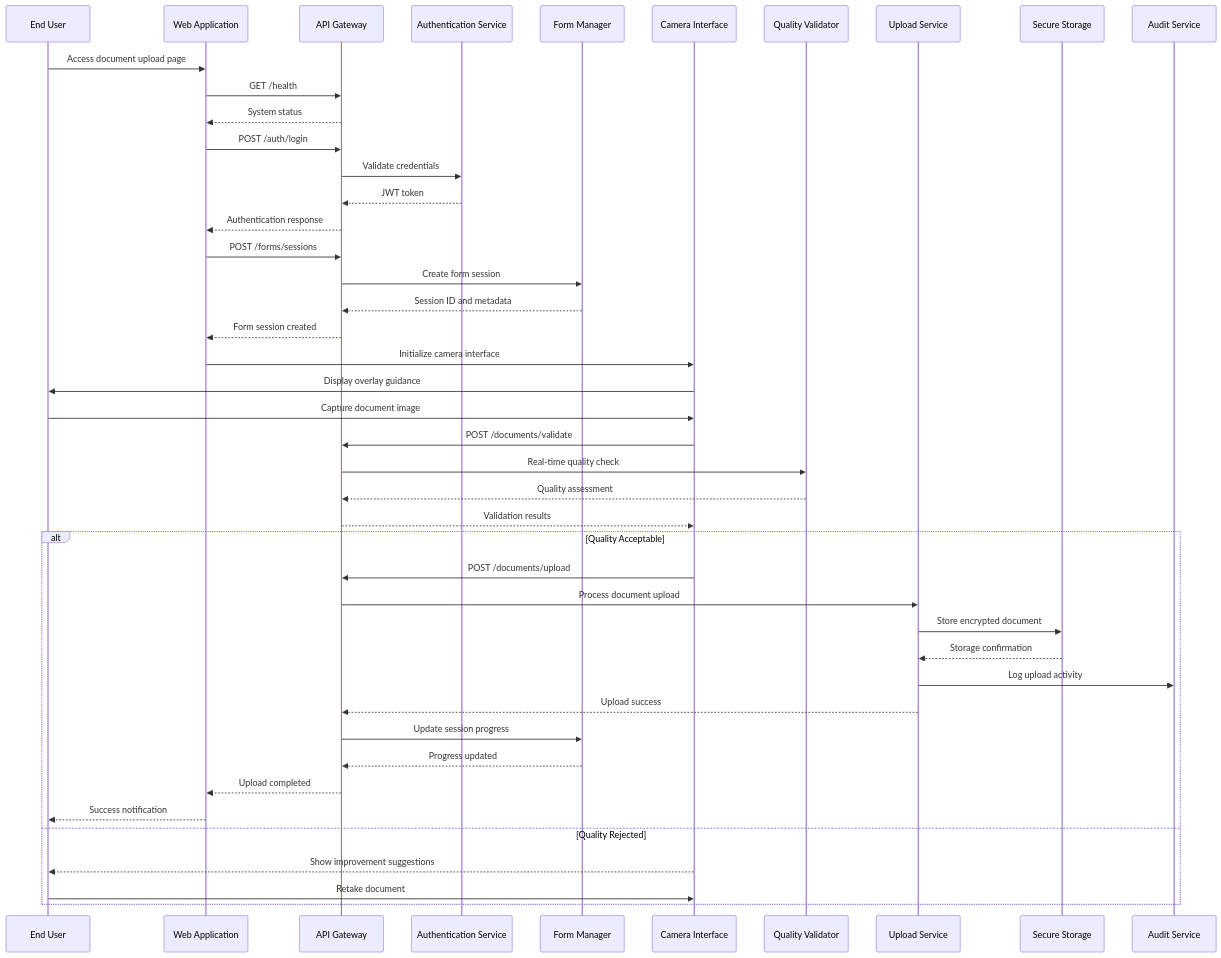
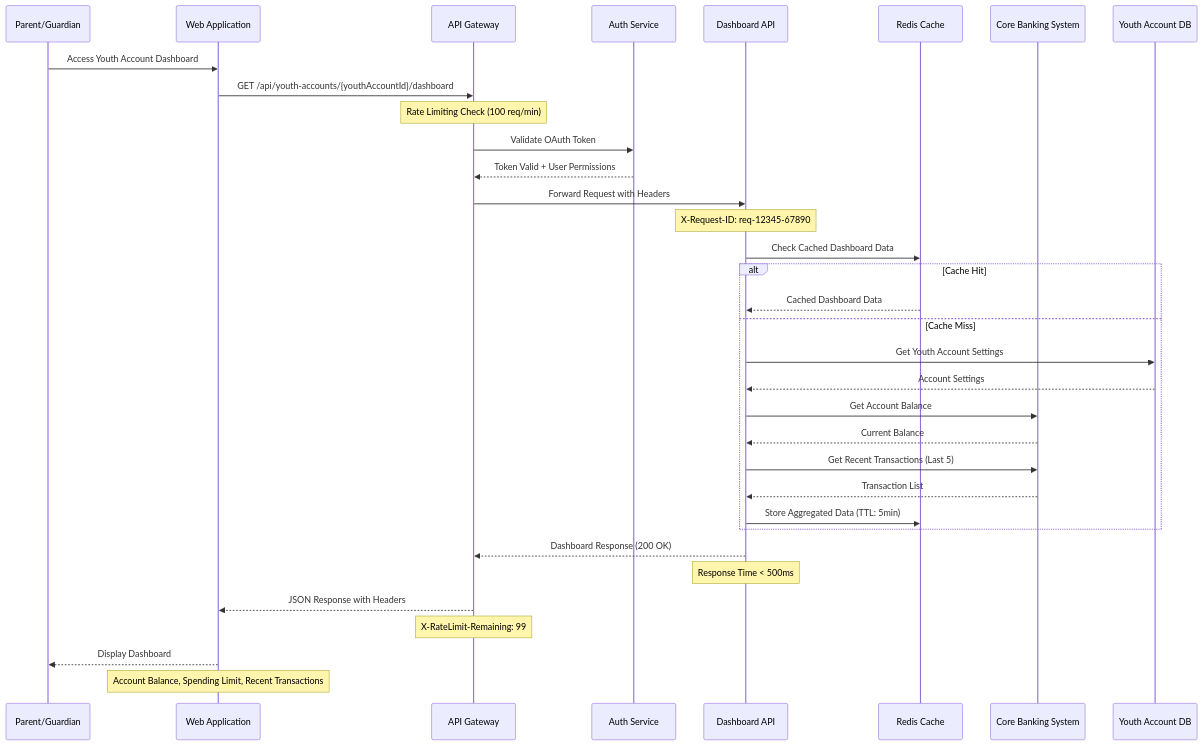
Before and after one commit to ThapaswiASC/SCIB-INCEPTION-PHASE-DEMO: the first of 6 diagrams in API Development/Components and Sequence Diagrams/sequence_diagram.md, drawn with Mermaid. The commit also changed other lines of this file and 1 other file, not shown here.

````diff
--- a/API Development/Components and Sequence Diagrams/sequence_diagram.md
+++ b/API Development/Components and Sequence Diagrams/sequence_diagram.md
@@ -12,52 +15,46 @@
 ```mermaid
 sequenceDiagram
-    participant User as End User
+    participant Parent as Parent/Guardian
     participant WebApp as Web Application
-    participant API as API Gateway
-    participant Auth as Authentication Service
-    participant FormMgr as Form Manager
-    participant Camera as Camera Interface
-    participant Validator as Quality Validator
-    participant Upload as Upload Service
-    participant Storage as Secure Storage
-    participant Audit as Audit Service
+    participant APIGateway as API Gateway
+    participant AuthService as Auth Service
+    participant DashboardAPI as Dashboard API
+    participant Cache as Redis Cache
+    participant CoreBank as Core Banking System
+    participant Database as Youth Account DB
+
+    Parent->>WebApp: Access Youth Account Dashboard
+    WebApp->>APIGateway: GET /api/youth-accounts/{youthAccountId}/dashboard
+    Note over APIGateway: Rate Limiting Check (100 req/min)
     
-    User->>WebApp: Access document upload page
-    WebApp->>API: GET /health
-    API-->>WebApp: System status
+    APIGateway->>AuthService: Validate OAuth Token
+    AuthService-->>APIGateway: Token Valid + User Permissions
     
-    WebApp->>API: POST /auth/login
-    API->>Auth: Validate credentials
-    Auth-->>API: JWT token
-    API-->>WebApp: Authentication response
+    APIGateway->>DashboardAPI: Forward Request with Headers
+    Note over DashboardAPI: X-Request-ID: req-12345-67890
     
-    WebApp->>API: POST /forms/sessions
-    API->>FormMgr: Create form session
-    FormMgr-->>API: Session ID and metadata
-    API-->>WebApp: Form session created
+    DashboardAPI->>Cache: Check Cached Dashboard Data
+    alt Cache Hit
+        Cache-->>DashboardAPI: Cached Dashboard Data
+    else Cache Miss
+        DashboardAPI->>Database: Get Youth Account Settings
+        Database-->>DashboardAPI: Account Settings
+        
+        DashboardAPI->>CoreBank: Get Account Balance
+        CoreBank-->>DashboardAPI: Current Balance
+        
+        DashboardAPI->>CoreBank: Get Recent Transactions (Last 5)
+        CoreBank-->>DashboardAPI: Transaction List
+        
+        DashboardAPI->>Cache: Store Aggregated Data (TTL: 5min)
+    end
     
-    WebApp->>Camera: Initialize camera interface
-    Camera->>User: Display overlay guidance
-    User->>Camera: Capture document image
+    DashboardAPI-->>APIGateway: Dashboard Response (200 OK)
+    Note over DashboardAPI: Response Time < 500ms
     
-    Camera->>API: POST /documents/validate
-    API->>Validator: Real-time quality check
-    Validator-->>API: Quality assessment
-    API-->>Camera: Validation results
+    APIGateway-->>WebApp: JSON Response with Headers
+    Note over APIGateway: X-RateLimit-Remaining: 99
     
-    alt Quality Acceptable
-        Camera->>API: POST /documents/upload
-        API->>Upload: Process document upload
-        Upload->>Storage: Store encrypted document
-        Storage-->>Upload: Storage confirmation
-        Upload->>Audit: Log upload activity
-        Upload-->>API: Upload success
-        API->>FormMgr: Update session progress
-        FormMgr-->>API: Progress updated
-        API-->>WebApp: Upload completed
-        WebApp-->>User: Success notification
-    else Quality Rejected
-        Camera-->>User: Show improvement suggestions
-        User->>Camera: Retake document
-    end
+    WebApp-->>Parent: Display Dashboard
+    Note over WebApp: Account Balance, Spending Limit, Recent Transactions
 ```
````
